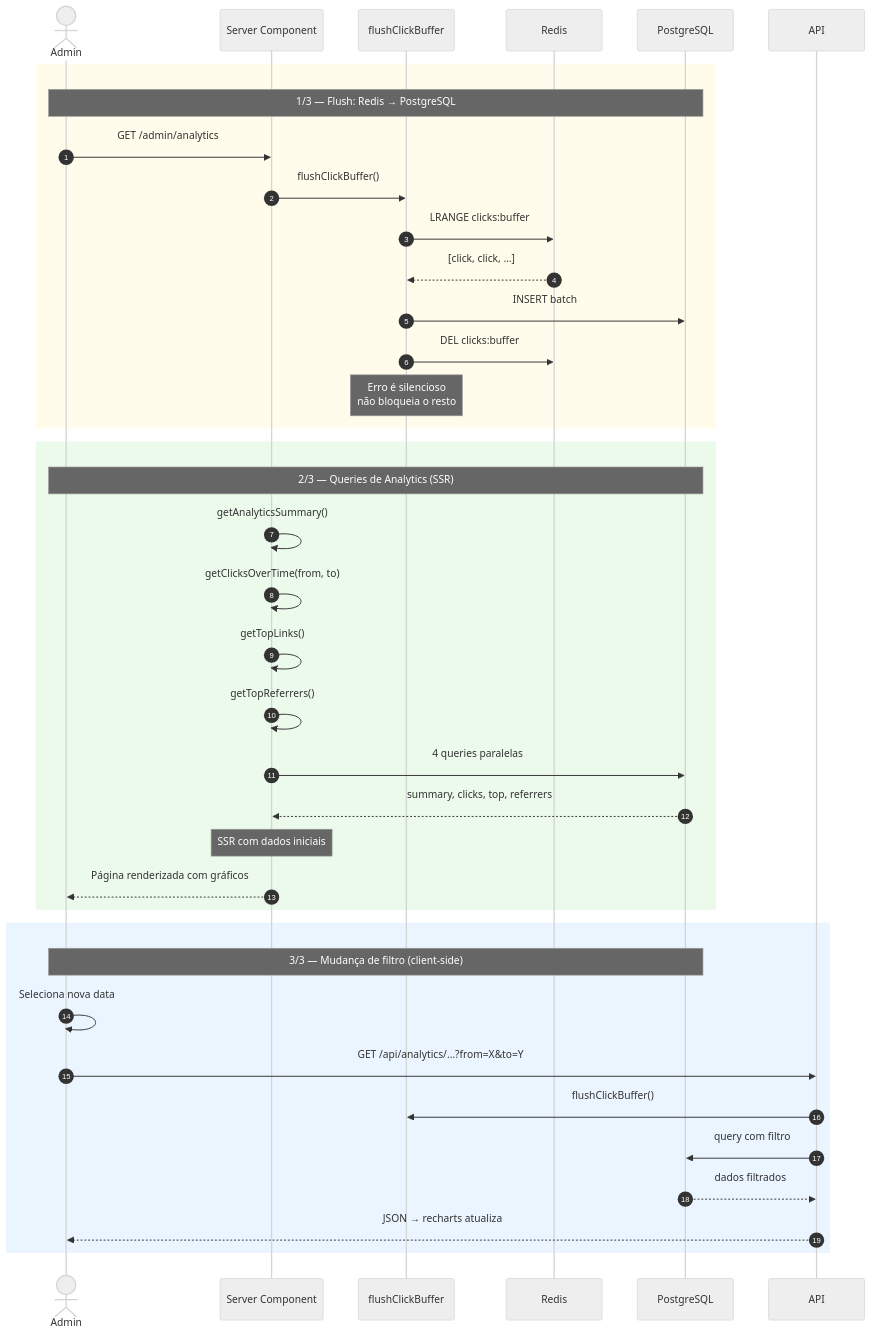
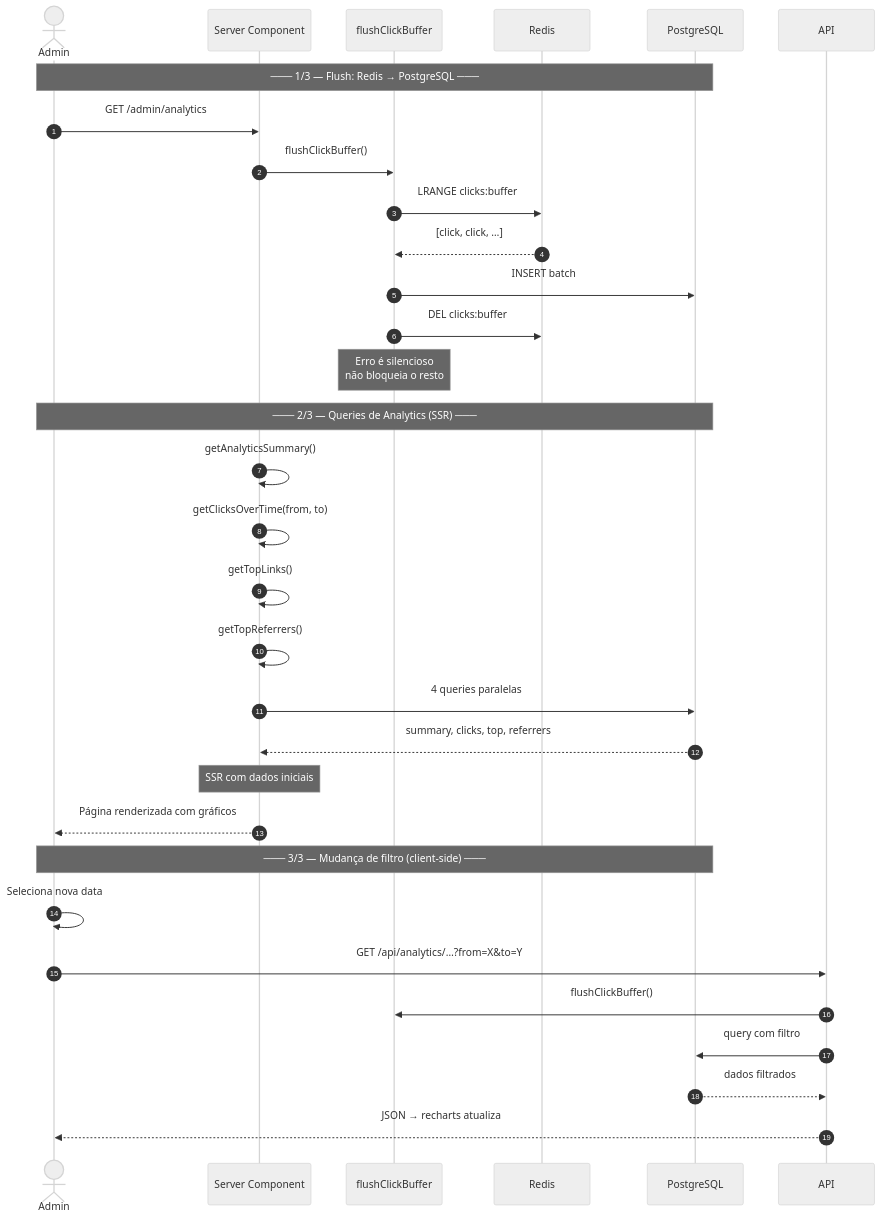
The fourth of 5 diagrams in docs/fluxo-de-dados.md (eduardoaugustolb/encurtador-url), drawn with Mermaid (neutral theme) before and after one commit. The commit also changed other lines of this file and 1 other file, not shown here.

````diff
--- a/docs/fluxo-de-dados.md
+++ b/docs/fluxo-de-dados.md
@@ -167,43 +149,37 @@
 ```mermaid
 %%{init: {'sequence': {'actorMargin': 55, 'boxMargin': 20}}}%%
 sequenceDiagram
     autonumber
     actor A as Admin
     participant SC as Server Component
     participant F as flushClickBuffer
     participant R as Redis
     participant DB as PostgreSQL
 
-    rect rgb(255, 252, 235)
-        Note over A,DB: 1/3 — Flush: Redis → PostgreSQL
-        A->>SC: GET /admin/analytics
-        SC->>F: flushClickBuffer()
-        F->>R: LRANGE clicks:buffer
-        R-->>F: [click, click, …]
-        F->>DB: INSERT batch
-        F->>R: DEL clicks:buffer
-        Note over F: Erro é silencioso<br/>não bloqueia o resto
-    end
+    Note over A,DB: ─── 1/3 — Flush: Redis → PostgreSQL ───
+    A->>SC: GET /admin/analytics
+    SC->>F: flushClickBuffer()
+    F->>R: LRANGE clicks:buffer
+    R-->>F: [click, click, …]
+    F->>DB: INSERT batch
+    F->>R: DEL clicks:buffer
+    Note over F: Erro é silencioso<br/>não bloqueia o resto
 
-    rect rgb(235, 250, 235)
-        Note over A,DB: 2/3 — Queries de Analytics (SSR)
-        SC->>SC: getAnalyticsSummary()
-        SC->>SC: getClicksOverTime(from, to)
-        SC->>SC: getTopLinks()
-        SC->>SC: getTopReferrers()
-        SC->>DB: 4 queries paralelas
-        DB-->>SC: summary, clicks, top, referrers
-        Note over SC: SSR com dados iniciais
-        SC-->>A: Página renderizada com gráficos
-    end
+    Note over A,DB: ─── 2/3 — Queries de Analytics (SSR) ───
+    SC->>SC: getAnalyticsSummary()
+    SC->>SC: getClicksOverTime(from, to)
+    SC->>SC: getTopLinks()
+    SC->>SC: getTopReferrers()
+    SC->>DB: 4 queries paralelas
+    DB-->>SC: summary, clicks, top, referrers
+    Note over SC: SSR com dados iniciais
+    SC-->>A: Página renderizada com gráficos
 
-    rect rgb(235, 245, 255)
-        Note over A,DB: 3/3 — Mudança de filtro (client-side)
-        A->>A: Seleciona nova data
-        A->>API: GET /api/analytics/…?from=X&to=Y
-        API->>F: flushClickBuffer()
-        API->>DB: query com filtro
-        DB-->>API: dados filtrados
-        API-->>A: JSON → recharts atualiza
-    end
+    Note over A,DB: ─── 3/3 — Mudança de filtro (client-side) ───
+    A->>A: Seleciona nova data
+    A->>API: GET /api/analytics/…?from=X&to=Y
+    API->>F: flushClickBuffer()
+    API->>DB: query com filtro
+    DB-->>API: dados filtrados
+    API-->>A: JSON → recharts atualiza
 ```
````
